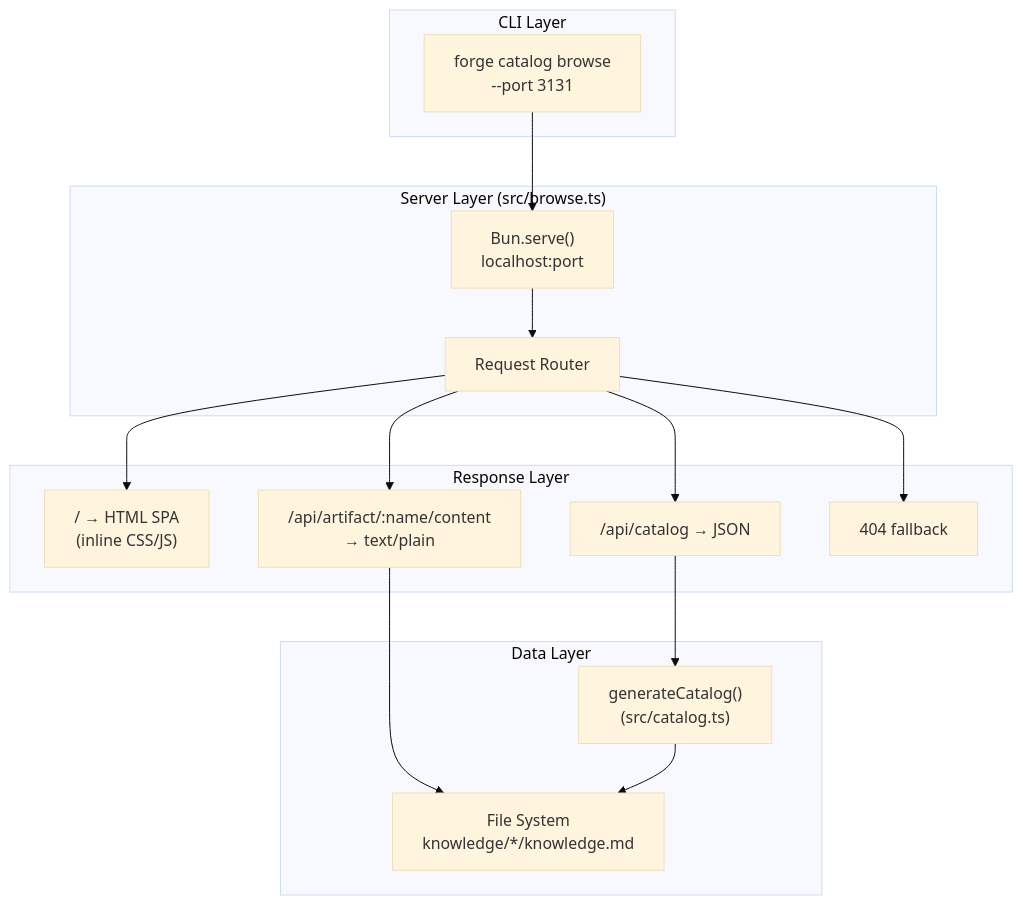
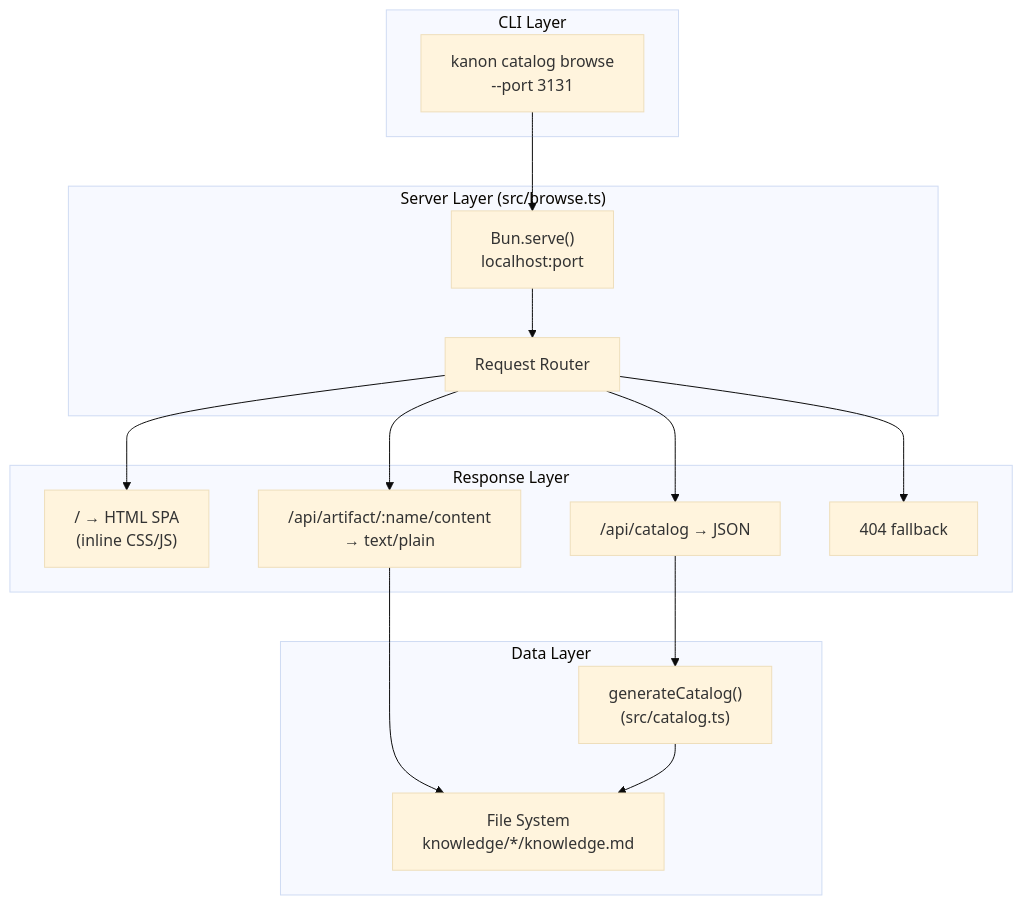
One commit to jhu-sheridan-libraries/agentic-skill-library changed the first of 3 diagrams in .kiro/specs/catalog-browse/design.md. Above: the diagram before and after it, drawn with Mermaid (base theme). The commit also changed other lines of this file and 1269 other files, not shown here.

````diff
--- a/.kiro/specs/catalog-browse/design.md
+++ b/.kiro/specs/catalog-browse/design.md
@@ -18,33 +18,33 @@
 ```mermaid
 graph TD
     subgraph "CLI Layer"
-        CLI["forge catalog browse<br/>--port 3131"]
+        CLI["kanon catalog browse<br/>--port 3131"]
     end
 
     subgraph "Server Layer (src/browse.ts)"
         SRV["Bun.serve()<br/>localhost:port"]
         RTE["Request Router"]
     end
 
     subgraph "Data Layer"
         GC["generateCatalog()<br/>(src/catalog.ts)"]
         FS["File System<br/>knowledge/*/knowledge.md"]
     end
 
     subgraph "Response Layer"
         HTML["/ → HTML SPA<br/>(inline CSS/JS)"]
         API1["/api/catalog → JSON"]
         API2["/api/artifact/:name/content<br/>→ text/plain"]
         E404["404 fallback"]
     end
 
     CLI --> SRV
     SRV --> RTE
     RTE --> HTML
     RTE --> API1
     RTE --> API2
     RTE --> E404
     API1 --> GC
     API2 --> FS
     GC --> FS
 ```
````
